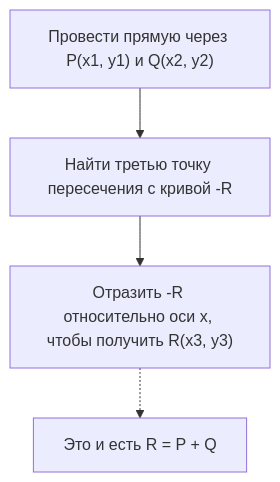
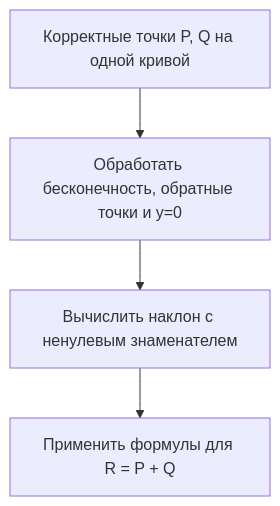
The first of 3 diagrams in content/post/楕円曲線暗号の数学的基礎とcppでの実装/index.ru.md (kenjinote/blog), drawn with Mermaid before and after one commit. The commit also changed other lines of this file and 6 other files, not shown here.

````diff
--- a/content/post/楕円曲線暗号の数学的基礎とcppでの実装/index.ru.md
+++ b/content/post/楕円曲線暗号の数学的基礎とcppでの実装/index.ru.md
@@ -112,6 +81,6 @@
 ```mermaid
 graph TD
-    Step1["Провести прямую через P(x1, y1) и Q(x2, y2)"] --> Step2["Найти третью точку пересечения с кривой -R"]
-    Step2 --> Step3["Отразить -R относительно оси x, чтобы получить R(x3, y3)"]
-    Step3 -.-> Result["Это и есть R = P + Q"]
+    A["Корректные точки P, Q на одной кривой"] --> B["Обработать бесконечность, обратные точки и y=0"]
+    B --> C["Вычислить наклон с ненулевым знаменателем"]
+    C --> D["Применить формулы для R = P + Q"]
 ```
````
